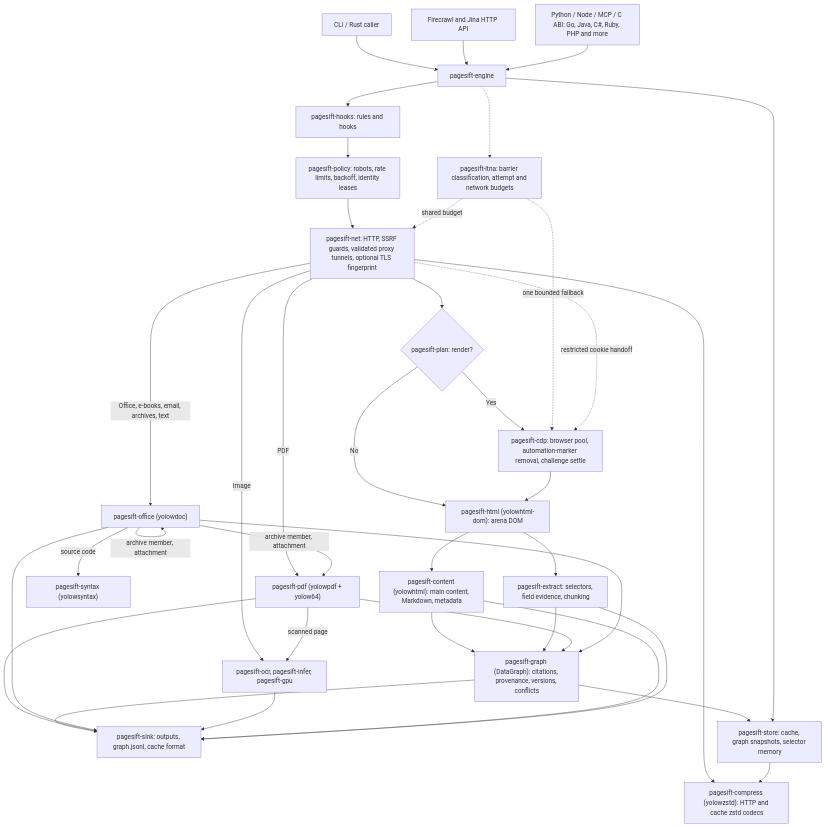
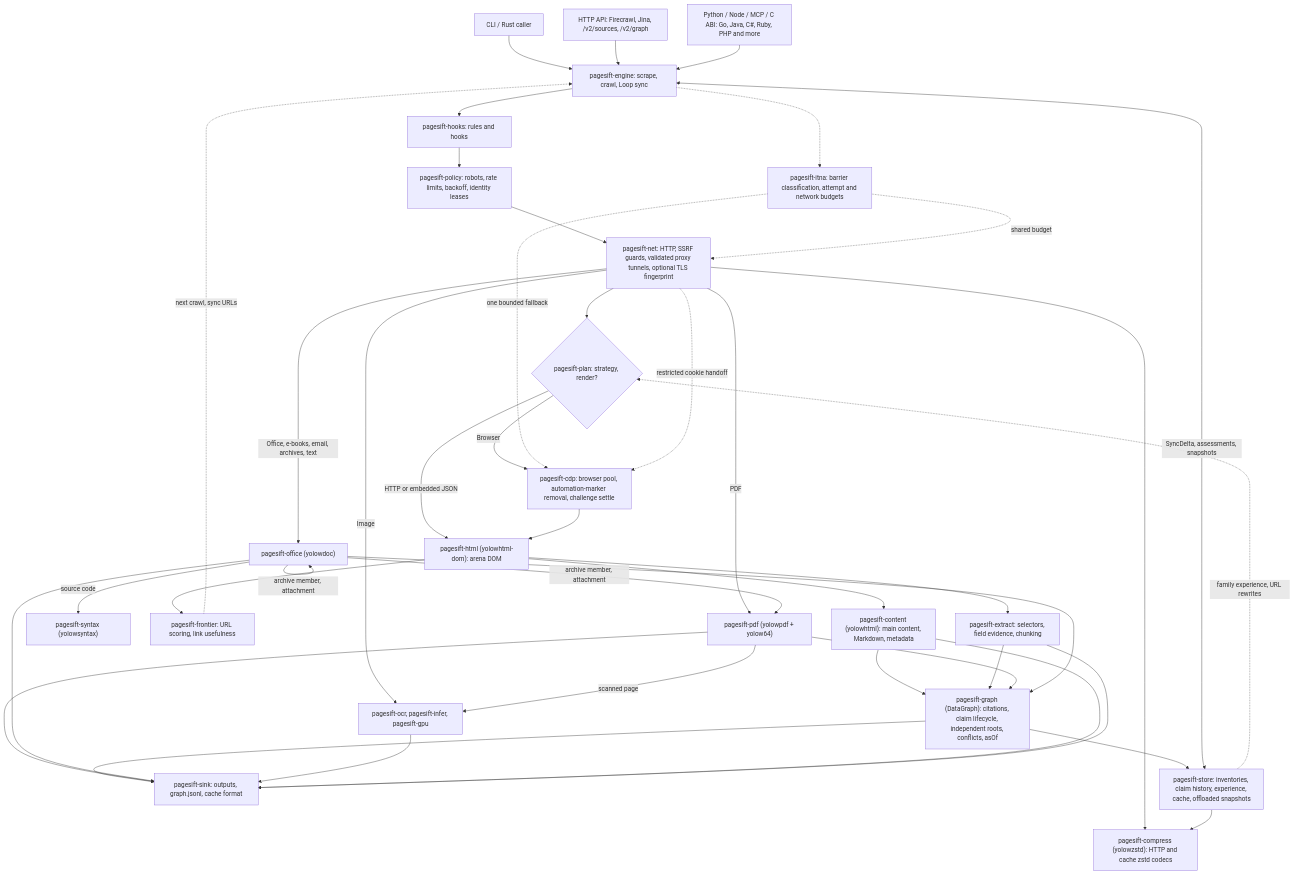
One commit to YOLOW92/pagesift changed the second of 3 diagrams in README.md. Above: the diagram before and after it, drawn with Mermaid. The commit also changed other lines of this file and 126 other files, not shown here.

````diff
--- a/README.md
+++ b/README.md
@@ -236,40 +237,43 @@
 ```mermaid
 flowchart TD
-    CLI[CLI / Rust caller] --> Engine[pagesift-engine]
-    HTTP[Firecrawl and Jina HTTP API] --> Engine
-    Bindings[Python / Node / MCP / C ABI: Go, Java, C#, Ruby, PHP and more] --> Engine
-    Engine --> Hooks[pagesift-hooks: rules and hooks]
-    Hooks --> Policy[pagesift-policy: robots, rate limits, backoff, identity leases]
-    Policy --> Net[pagesift-net: HTTP, SSRF guards, validated proxy tunnels, optional TLS fingerprint]
-    Net --> Plan{pagesift-plan: render?}
-    Plan -->|No| DOM["pagesift-html (yolowhtml-dom): arena DOM"]
-    Plan -->|Yes| CDP[pagesift-cdp: browser pool, automation-marker removal, challenge settle]
+    CLI["CLI / Rust caller"] --> Engine["pagesift-engine: scrape, crawl, Loop sync"]
+    HTTP["HTTP API: Firecrawl, Jina, /v2/sources, /v2/graph"] --> Engine
+    Bindings["Python / Node / MCP / C ABI: Go, Java, C#, Ruby, PHP and more"] --> Engine
+    Engine --> Hooks["pagesift-hooks: rules and hooks"]
+    Hooks --> Policy["pagesift-policy: robots, rate limits, backoff, identity leases"]
+    Policy --> Net["pagesift-net: HTTP, SSRF guards, validated proxy tunnels, optional TLS fingerprint"]
+    Net --> Plan{"pagesift-plan: strategy, render?"}
+    Plan -->|HTTP or embedded JSON| DOM["pagesift-html (yolowhtml-dom): arena DOM"]
+    Plan -->|Browser| CDP["pagesift-cdp: browser pool, automation-marker removal, challenge settle"]
     CDP --> DOM
     Net -->|PDF| PDF["pagesift-pdf (yolowpdf + yolow64)"]
     Net -->|Office, e-books, email, archives, text| Office["pagesift-office (yolowdoc)"]
-    Net -->|Image| OCR[pagesift-ocr, pagesift-infer, pagesift-gpu]
+    Net -->|Image| OCR["pagesift-ocr, pagesift-infer, pagesift-gpu"]
     Office -->|archive member, attachment| Office
     Office -->|archive member, attachment| PDF
     Office -->|source code| Syntax["pagesift-syntax (yolowsyntax)"]
     PDF -->|scanned page| OCR
+    DOM --> Frontier["pagesift-frontier: URL scoring, link usefulness"]
+    Frontier -.->|next crawl, sync URLs| Engine
     DOM --> Content["pagesift-content (yolowhtml): main content, Markdown, metadata"]
-    DOM --> Extract[pagesift-extract: selectors, field evidence, chunking]
-    Content --> Graph["pagesift-graph (DataGraph): citations, provenance, versions, conflicts"]
+    DOM --> Extract["pagesift-extract: selectors, field evidence, chunking"]
+    Content --> Graph["pagesift-graph (DataGraph): citations, claim lifecycle, independent roots, conflicts, asOf"]
     Extract --> Graph
     PDF --> Graph
     Office --> Graph
-    Graph --> Sink[pagesift-sink: outputs, graph.jsonl, cache format]
+    Graph --> Sink["pagesift-sink: outputs, graph.jsonl, cache format"]
     PDF --> Sink
     Office --> Sink
     OCR --> Sink
     Content --> Sink
     Extract --> Sink
-    Graph --> Store[pagesift-store: cache, graph snapshots, selector memory]
-    Engine --> Store
+    Graph --> Store["pagesift-store: inventories, claim history, experience, cache, offloaded snapshots"]
+    Engine <-->|SyncDelta, assessments, snapshots| Store
+    Store -.->|family experience, URL rewrites| Plan
     Net --> Compress["pagesift-compress (yolowzstd): HTTP and cache zstd codecs"]
     Store --> Compress
-    Engine -.-> ITNA[pagesift-itna: barrier classification, attempt and network budgets]
+    Engine -.-> ITNA["pagesift-itna: barrier classification, attempt and network budgets"]
     ITNA -.->|shared budget| Net
     ITNA -.->|one bounded fallback| CDP
     Net -.->|restricted cookie handoff| CDP
 ```
````
